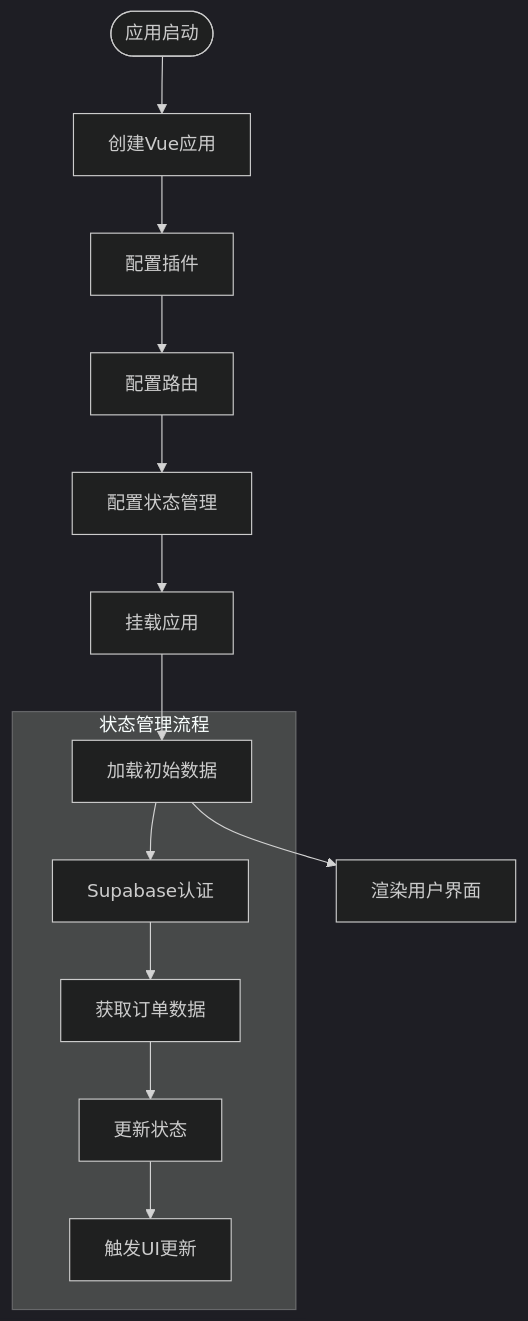
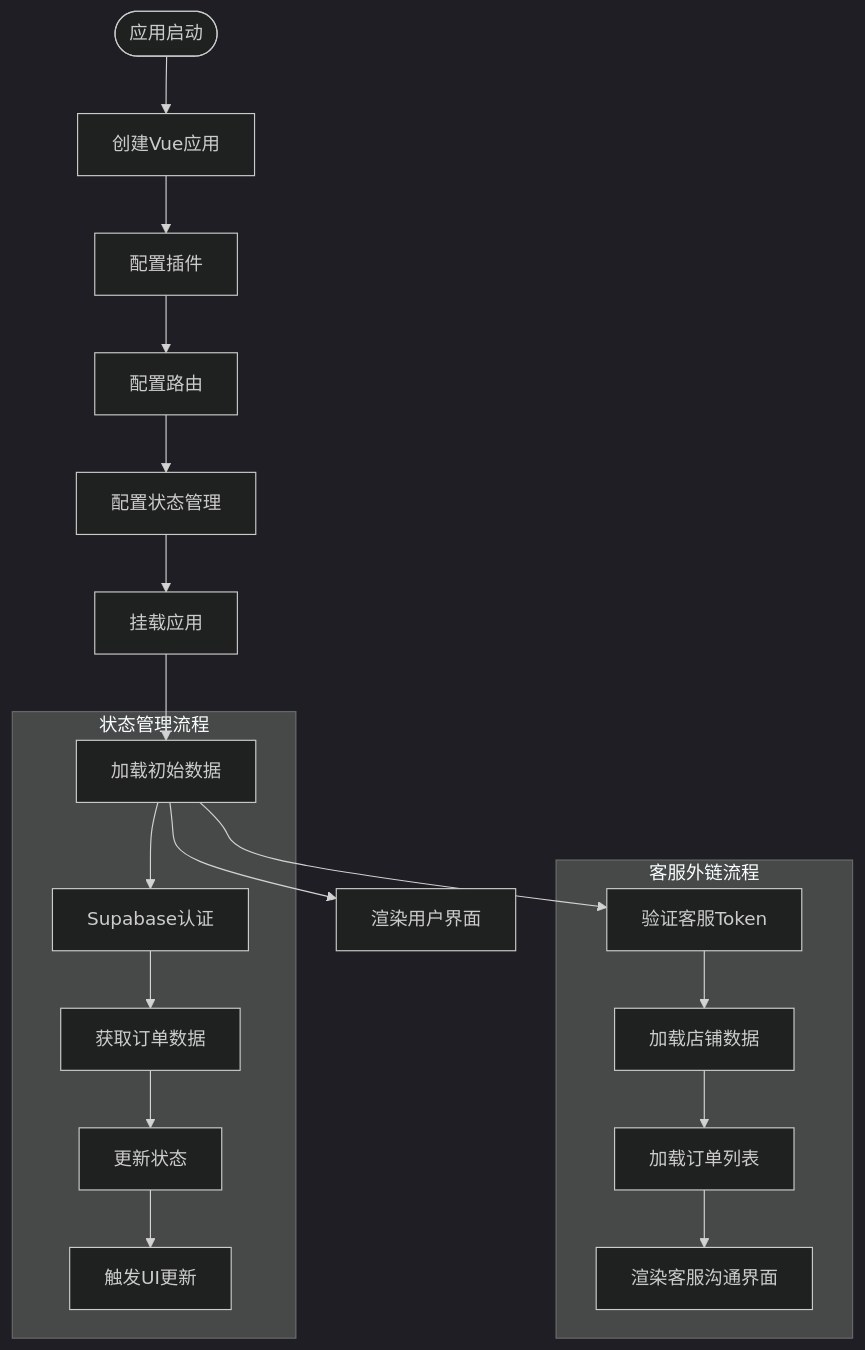
The fourth of 16 diagrams in .qoder/repowiki/zh/content/项目概述.md (SY6621/POD-Order-Management), drawn with Mermaid (dark theme) before and after one commit. The commit also changed other lines of this file and 15 other files, not shown here.

````diff
--- a/.qoder/repowiki/zh/content/项目概述.md
+++ b/.qoder/repowiki/zh/content/项目概述.md
@@ -208,16 +240,22 @@
 ```mermaid
 flowchart TD
 Start([应用启动]) --> CreateApp[创建Vue应用]
 CreateApp --> SetupPlugins[配置插件]
 SetupPlugins --> SetupRouter[配置路由]
 SetupRouter --> SetupStore[配置状态管理]
 SetupStore --> MountApp[挂载应用]
 MountApp --> LoadData[加载初始数据]
 LoadData --> RenderUI[渲染用户界面]
 subgraph "状态管理流程"
 LoadData --> SupabaseAuth[Supabase认证]
 SupabaseAuth --> FetchOrders[获取订单数据]
 FetchOrders --> UpdateStore[更新状态]
 UpdateStore --> TriggerRender[触发UI更新]
 end
+subgraph "客服外链流程"
+LoadData --> ValidateToken[验证客服Token]
+ValidateToken --> LoadShopData[加载店铺数据]
+LoadShopData --> LoadOrders[加载订单列表]
+LoadOrders --> RenderServiceLink[渲染客服沟通界面]
+end
 ```
````
